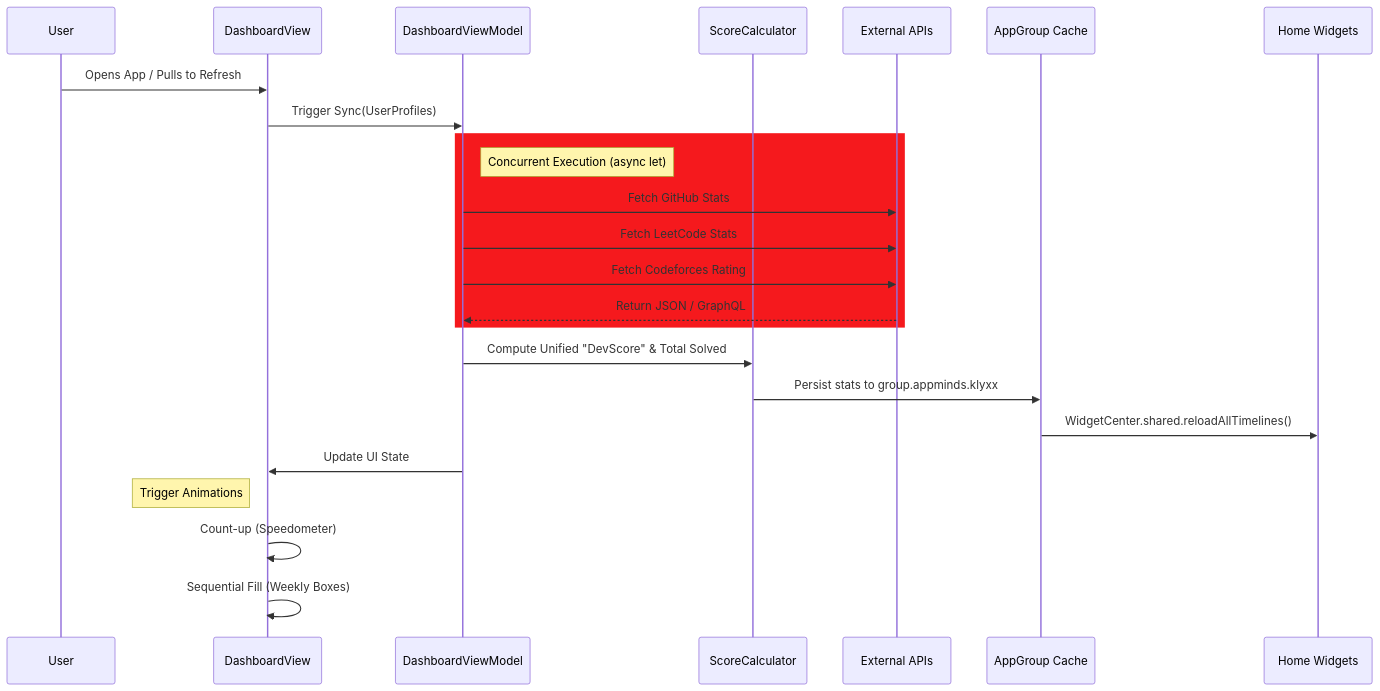
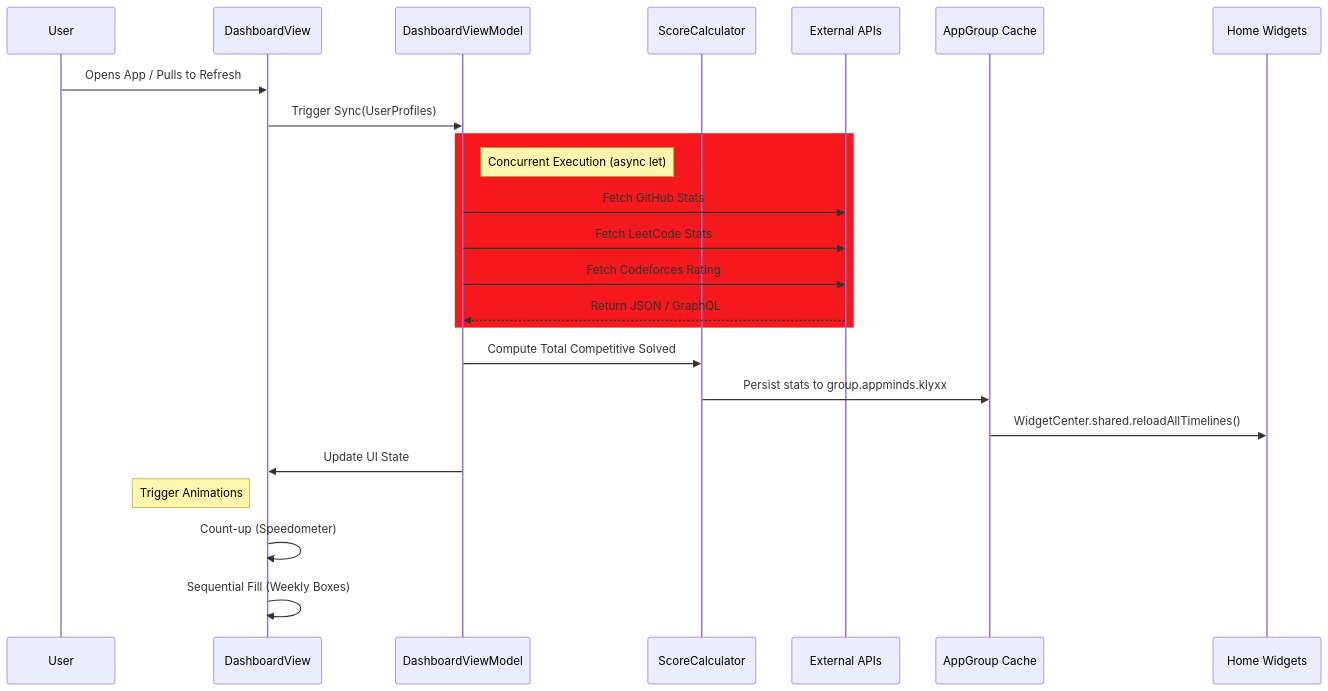
One commit to Shreyanshu005/Klyx changed the second of 2 diagrams in README.md. Above: the diagram before and after it, drawn with Mermaid. The commit also changed other lines of this file and 5 other files, not shown here.

````diff
--- a/README.md
+++ b/README.md
@@ -117,30 +117,30 @@
 ```mermaid
 sequenceDiagram
     participant U as User
     participant V as DashboardView
     participant VM as DashboardViewModel
     participant S as ScoreCalculator
     participant API as External APIs
     participant C as AppGroup Cache
     participant W as Home Widgets
 
     U->>V: Opens App / Pulls to Refresh
     V->>VM: Trigger Sync(UserProfiles)
     
     rect rgb(245, 25, 29)
     note right of VM: Concurrent Execution (async let)
     VM->>API: Fetch GitHub Stats
     VM->>API: Fetch LeetCode Stats
     VM->>API: Fetch Codeforces Rating
     API-->>VM: Return JSON / GraphQL
     end
 
-    VM->>S: Compute Unified "DevScore" & Total Solved
+    VM->>S: Compute Total Competitive Solved
     S->>C: Persist stats to group.appminds.klyxx
     C->>W: WidgetCenter.shared.reloadAllTimelines()
     
     VM->>V: Update UI State
     note left of V: Trigger Animations
     V->>V: Count-up (Speedometer)
     V->>V: Sequential Fill (Weekly Boxes)
 ```
````
